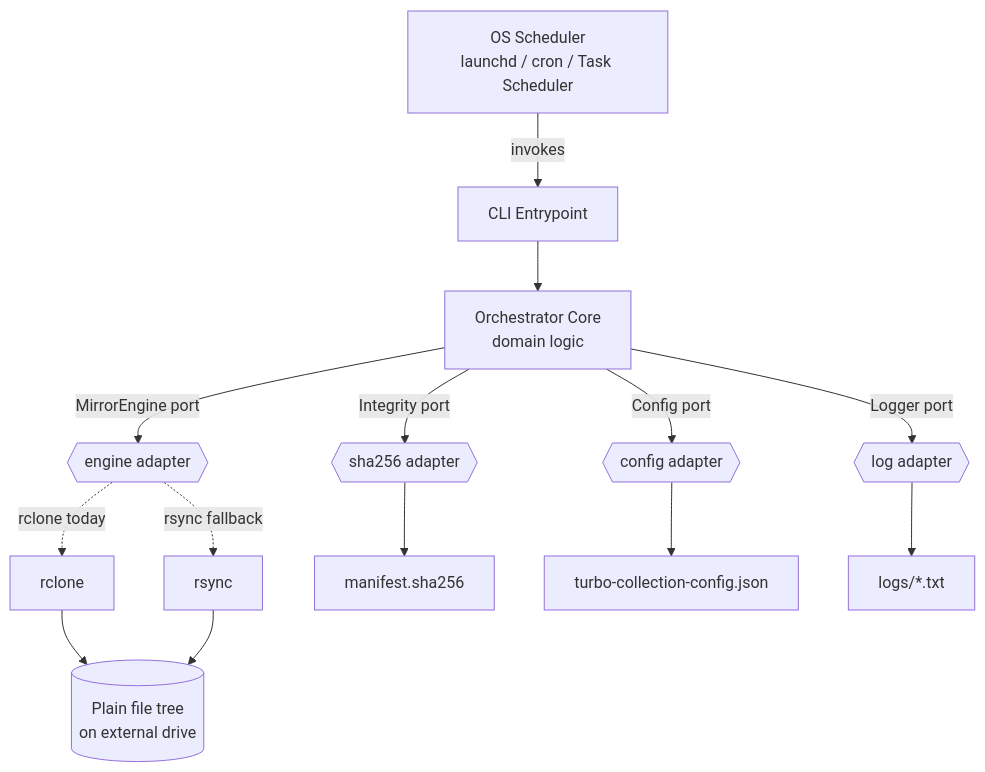
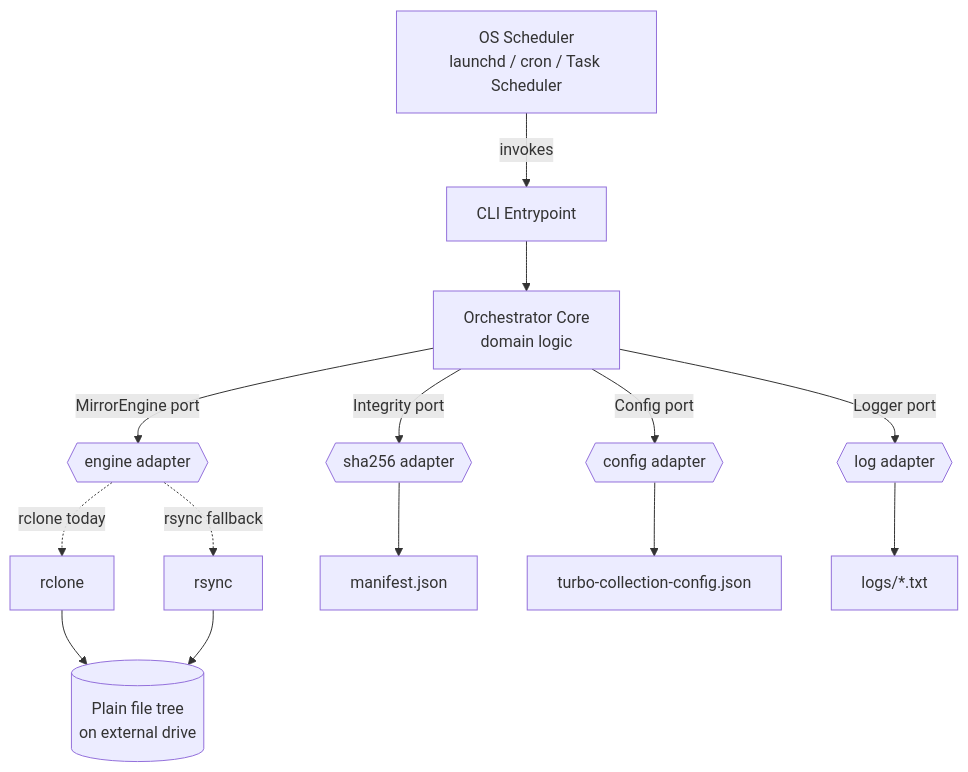
The first of 2 diagrams in docs/design-record.md (NikoAri/turbo-collection), drawn with Mermaid before and after one commit. The commit also changed other lines of this file and 35 other files, not shown here.

````diff
--- a/docs/design-record.md
+++ b/docs/design-record.md
@@ -255,19 +265,19 @@
 ```mermaid
 graph TD
     SCHED[OS Scheduler<br/>launchd / cron / Task Scheduler] -->|invokes| CLI[CLI Entrypoint]
     CLI --> CORE[Orchestrator Core<br/>domain logic]
 
     CORE -->|MirrorEngine port| E{{engine adapter}}
     CORE -->|Integrity port| I{{sha256 adapter}}
     CORE -->|Config port| C{{config adapter}}
     CORE -->|Logger port| L{{log adapter}}
 
     E -.rclone today.-> RC[rclone]
     E -.rsync fallback.-> RS[rsync]
-    I --> MAN[manifest.sha256]
+    I --> MAN[manifest.json]
     C --> CFG[turbo-collection-config.json]
     L --> LOG[logs/*.txt]
 
     RC --> DATA[(Plain file tree<br/>on external drive)]
     RS --> DATA
 ```
````
